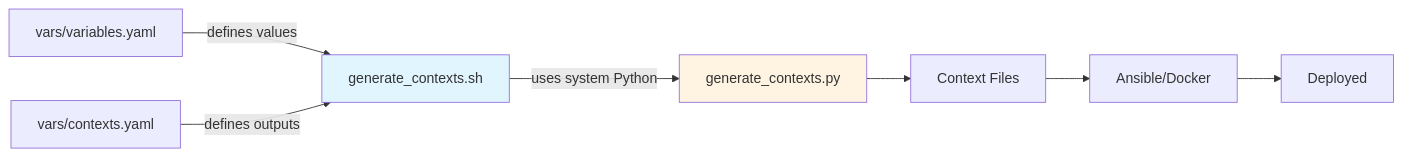
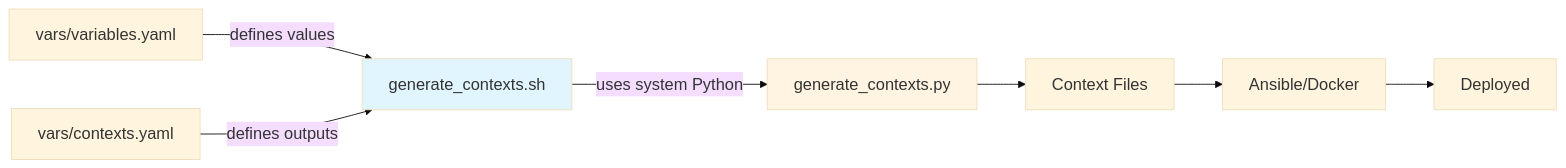
The diagram in docs/Variable_Flow.md (gxbrooks/spark-observability), drawn with Mermaid before and after one commit. The commit also changed 32 other files, not shown here.

````diff
--- a/docs/Variable_Flow.md
+++ b/docs/Variable_Flow.md
@@ -79,12 +79,13 @@
 ```mermaid
+%%{init: {'theme':'base','themeVariables':{'fontSize':'14pt','fontFamily':'arial, sans-serif'},'flowchart':{'useMaxWidth':false,'htmlLabels':true,'nodeSpacing':55,'rankSpacing':55},'themeCSS':'.nodeLabel,.nodeLabel p{font-size:14pt!important;line-height:1.3!important}.cluster-label .nodeLabel,.cluster-label p,.cluster-label span{font-size:16pt!important;font-weight:600!important}.edgeLabel,.edgeLabel p{font-size:12pt!important;line-height:1.25!important}'}}%%
 flowchart LR
     A[vars/variables.yaml] -->|defines values| B[generate_contexts.sh]
     C[vars/contexts.yaml] -->|defines outputs| B
     B -->|uses system Python| D[generate_contexts.py]
     D --> E[Context Files]
     E --> F[Ansible/Docker]
     F --> G[Deployed]
     
     style B fill:#e1f5ff
     style D fill:#fff4e1
 ```
````
